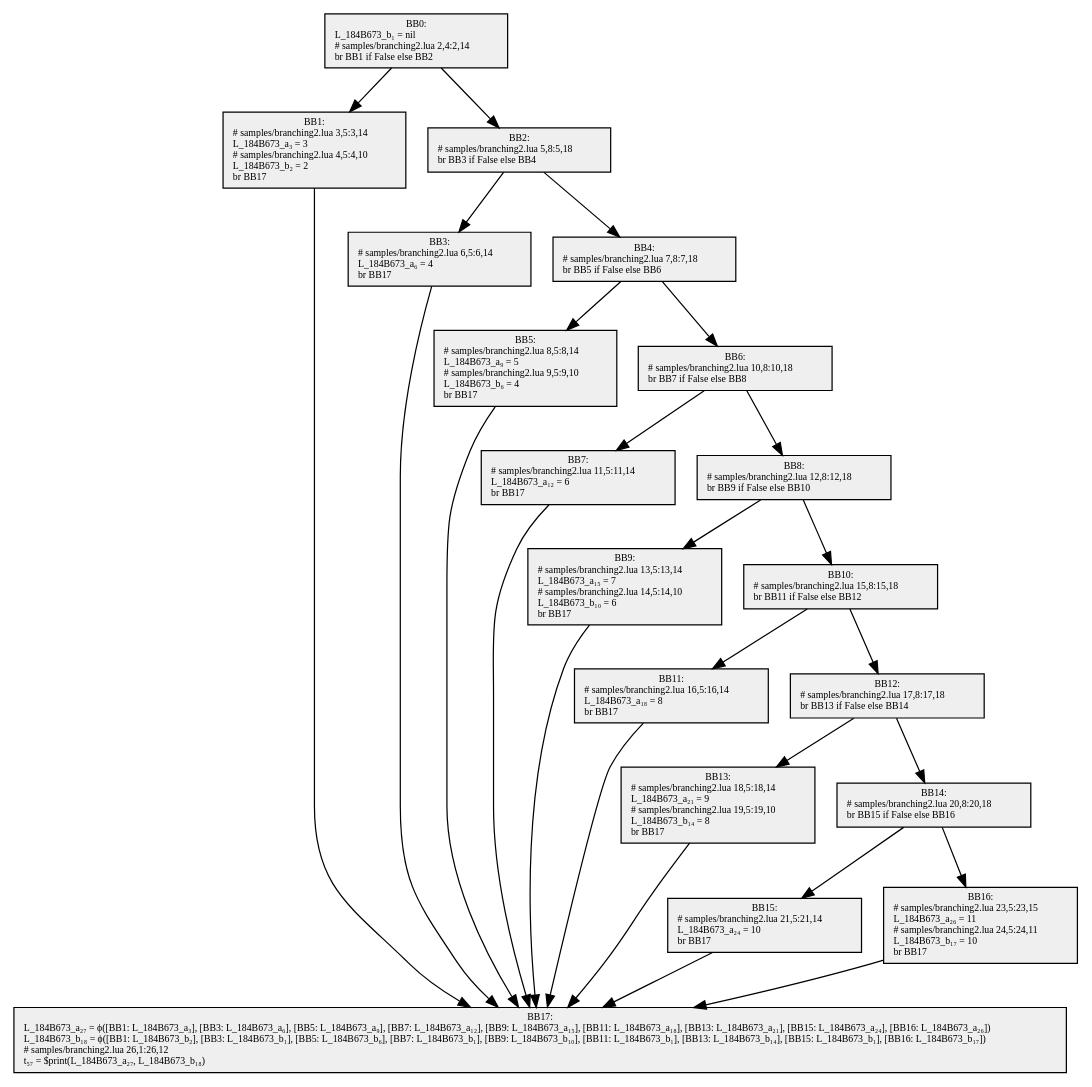
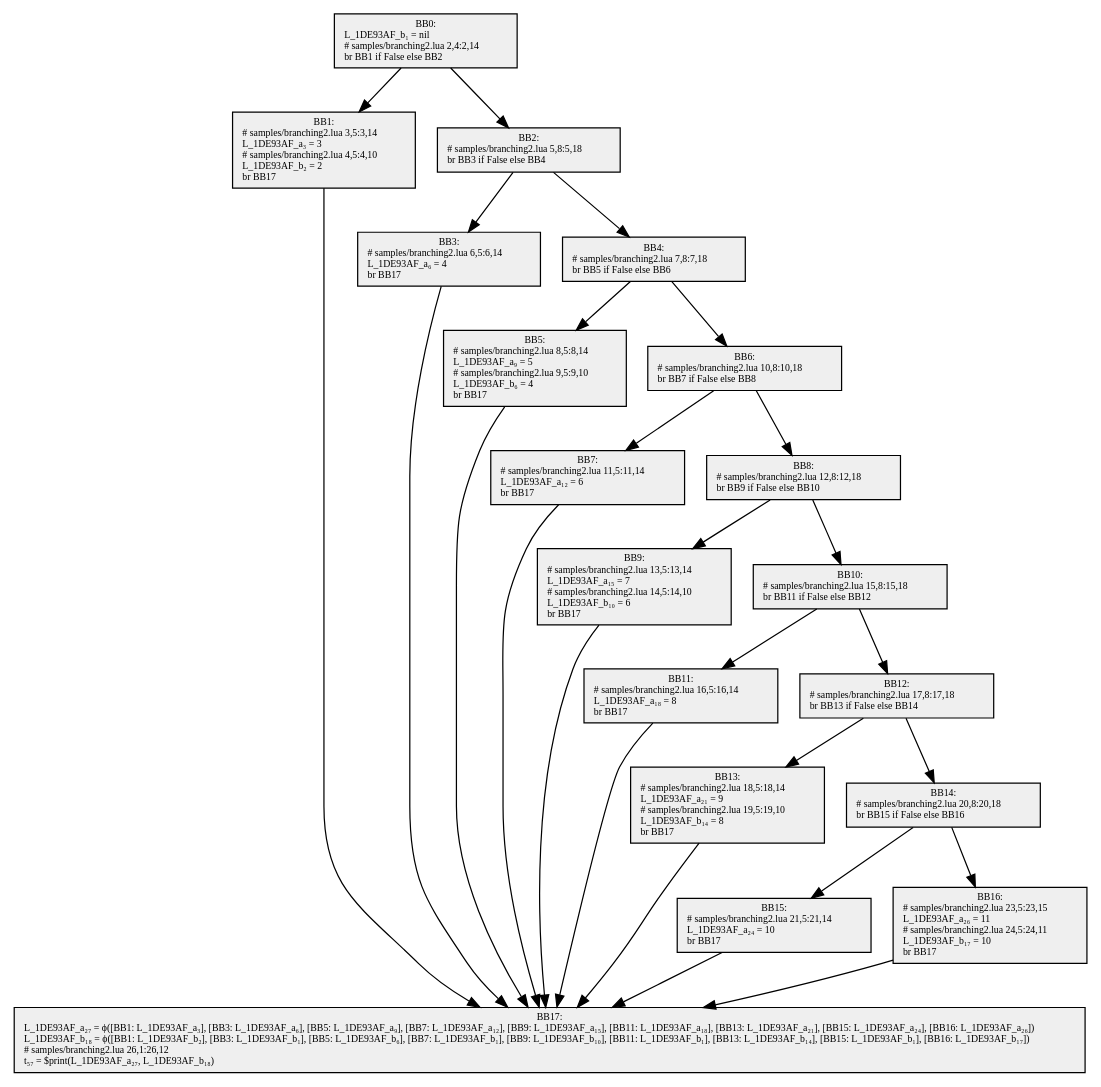
Before and after one commit to GGG-KILLER/SimpleCompiler: the diagram in src/SimpleCompiler.Cli/samples/obj/branching2.2.dot, drawn with Graphviz. The commit also changed 36 other files, not shown here.

```diff
--- a/src/SimpleCompiler.Cli/samples/obj/branching2.2.dot
+++ b/src/SimpleCompiler.Cli/samples/obj/branching2.2.dot
@@ -1,47 +1,47 @@
 digraph {
   node[shape=box style=filled fontsize=8 fontname="Cascadia Code" fillcolor="#efefef"];
-  BB0 [label="BB0:\nL_184B673_b₁ = nil\l# samples/branching2.lua 2,4:2,14\lbr BB1 if False else BB2\l"];
-  BB1 [label="BB1:\n# samples/branching2.lua 3,5:3,14\lL_184B673_a₃ = 3\l# samples/branching2.lua 4,5:4,10\lL_184B673_b₂ = 2\lbr BB17\l"];
+  BB0 [label="BB0:\nL_1DE93AF_b₁ = nil\l# samples/branching2.lua 2,4:2,14\lbr BB1 if False else BB2\l"];
+  BB1 [label="BB1:\n# samples/branching2.lua 3,5:3,14\lL_1DE93AF_a₃ = 3\l# samples/branching2.lua 4,5:4,10\lL_1DE93AF_b₂ = 2\lbr BB17\l"];
   BB2 [label="BB2:\n# samples/branching2.lua 5,8:5,18\lbr BB3 if False else BB4\l"];
-  BB3 [label="BB3:\n# samples/branching2.lua 6,5:6,14\lL_184B673_a₆ = 4\lbr BB17\l"];
+  BB3 [label="BB3:\n# samples/branching2.lua 6,5:6,14\lL_1DE93AF_a₆ = 4\lbr BB17\l"];
   BB4 [label="BB4:\n# samples/branching2.lua 7,8:7,18\lbr BB5 if False else BB6\l"];
-  BB5 [label="BB5:\n# samples/branching2.lua 8,5:8,14\lL_184B673_a₉ = 5\l# samples/branching2.lua 9,5:9,10\lL_184B673_b₆ = 4\lbr BB17\l"];
+  BB5 [label="BB5:\n# samples/branching2.lua 8,5:8,14\lL_1DE93AF_a₉ = 5\l# samples/branching2.lua 9,5:9,10\lL_1DE93AF_b₆ = 4\lbr BB17\l"];
   BB6 [label="BB6:\n# samples/branching2.lua 10,8:10,18\lbr BB7 if False else BB8\l"];
-  BB7 [label="BB7:\n# samples/branching2.lua 11,5:11,14\lL_184B673_a₁₂ = 6\lbr BB17\l"];
+  BB7 [label="BB7:\n# samples/branching2.lua 11,5:11,14\lL_1DE93AF_a₁₂ = 6\lbr BB17\l"];
   BB8 [label="BB8:\n# samples/branching2.lua 12,8:12,18\lbr BB9 if False else BB10\l"];
-  BB9 [label="BB9:\n# samples/branching2.lua 13,5:13,14\lL_184B673_a₁₅ = 7\l# samples/branching2.lua 14,5:14,10\lL_184B673_b₁₀ = 6\lbr BB17\l"];
+  BB9 [label="BB9:\n# samples/branching2.lua 13,5:13,14\lL_1DE93AF_a₁₅ = 7\l# samples/branching2.lua 14,5:14,10\lL_1DE93AF_b₁₀ = 6\lbr BB17\l"];
   BB10 [label="BB10:\n# samples/branching2.lua 15,8:15,18\lbr BB11 if False else BB12\l"];
-  BB11 [label="BB11:\n# samples/branching2.lua 16,5:16,14\lL_184B673_a₁₈ = 8\lbr BB17\l"];
+  BB11 [label="BB11:\n# samples/branching2.lua 16,5:16,14\lL_1DE93AF_a₁₈ = 8\lbr BB17\l"];
   BB12 [label="BB12:\n# samples/branching2.lua 17,8:17,18\lbr BB13 if False else BB14\l"];
-  BB13 [label="BB13:\n# samples/branching2.lua 18,5:18,14\lL_184B673_a₂₁ = 9\l# samples/branching2.lua 19,5:19,10\lL_184B673_b₁₄ = 8\lbr BB17\l"];
+  BB13 [label="BB13:\n# samples/branching2.lua 18,5:18,14\lL_1DE93AF_a₂₁ = 9\l# samples/branching2.lua 19,5:19,10\lL_1DE93AF_b₁₄ = 8\lbr BB17\l"];
   BB14 [label="BB14:\n# samples/branching2.lua 20,8:20,18\lbr BB15 if False else BB16\l"];
-  BB15 [label="BB15:\n# samples/branching2.lua 21,5:21,14\lL_184B673_a₂₄ = 10\lbr BB17\l"];
-  BB16 [label="BB16:\n# samples/branching2.lua 23,5:23,15\lL_184B673_a₂₆ = 11\l# samples/branching2.lua 24,5:24,11\lL_184B673_b₁₇ = 10\lbr BB17\l"];
-  BB17 [label="BB17:\nL_184B673_a₂₇ = ϕ([BB1: L_184B673_a₃], [BB3: L_184B673_a₆], [BB5: L_184B673_a₉], [BB7: L_184B673_a₁₂], [BB9: L_184B673_a₁₅], [BB11: L_184B673_a₁₈], [BB13: L_184B673_a₂₁], [BB15: L_184B673_a₂₄], [BB16: L_184B673_a₂₆])\lL_184B673_b₁₈ = ϕ([BB1: L_184B673_b₂], [BB3: L_184B673_b₁], [BB5: L_184B673_b₆], [BB7: L_184B673_b₁], [BB9: L_184B673_b₁₀], [BB11: L_184B673_b₁], [BB13: L_184B673_b₁₄], [BB15: L_184B673_b₁], [BB16: L_184B673_b₁₇])\l# samples/branching2.lua 26,1:26,12\lt₅₇ = $print(L_184B673_a₂₇, L_184B673_b₁₈)\l"];
+  BB15 [label="BB15:\n# samples/branching2.lua 21,5:21,14\lL_1DE93AF_a₂₄ = 10\lbr BB17\l"];
+  BB16 [label="BB16:\n# samples/branching2.lua 23,5:23,15\lL_1DE93AF_a₂₆ = 11\l# samples/branching2.lua 24,5:24,11\lL_1DE93AF_b₁₇ = 10\lbr BB17\l"];
+  BB17 [label="BB17:\nL_1DE93AF_a₂₇ = ϕ([BB1: L_1DE93AF_a₃], [BB3: L_1DE93AF_a₆], [BB5: L_1DE93AF_a₉], [BB7: L_1DE93AF_a₁₂], [BB9: L_1DE93AF_a₁₅], [BB11: L_1DE93AF_a₁₈], [BB13: L_1DE93AF_a₂₁], [BB15: L_1DE93AF_a₂₄], [BB16: L_1DE93AF_a₂₆])\lL_1DE93AF_b₁₈ = ϕ([BB1: L_1DE93AF_b₂], [BB3: L_1DE93AF_b₁], [BB5: L_1DE93AF_b₆], [BB7: L_1DE93AF_b₁], [BB9: L_1DE93AF_b₁₀], [BB11: L_1DE93AF_b₁], [BB13: L_1DE93AF_b₁₄], [BB15: L_1DE93AF_b₁], [BB16: L_1DE93AF_b₁₇])\l# samples/branching2.lua 26,1:26,12\lt₅₇ = $print(L_1DE93AF_a₂₇, L_1DE93AF_b₁₈)\l"];
 
   BB0 -> BB1;
   BB0 -> BB2;
   BB2 -> BB3;
   BB2 -> BB4;
   BB4 -> BB5;
   BB4 -> BB6;
   BB6 -> BB7;
   BB6 -> BB8;
   BB8 -> BB9;
   BB8 -> BB10;
   BB10 -> BB11;
   BB10 -> BB12;
   BB12 -> BB13;
   BB12 -> BB14;
   BB14 -> BB15;
   BB14 -> BB16;
   BB1 -> BB17;
   BB3 -> BB17;
   BB5 -> BB17;
   BB7 -> BB17;
   BB9 -> BB17;
   BB11 -> BB17;
   BB13 -> BB17;
   BB15 -> BB17;
   BB16 -> BB17;
 }
```
